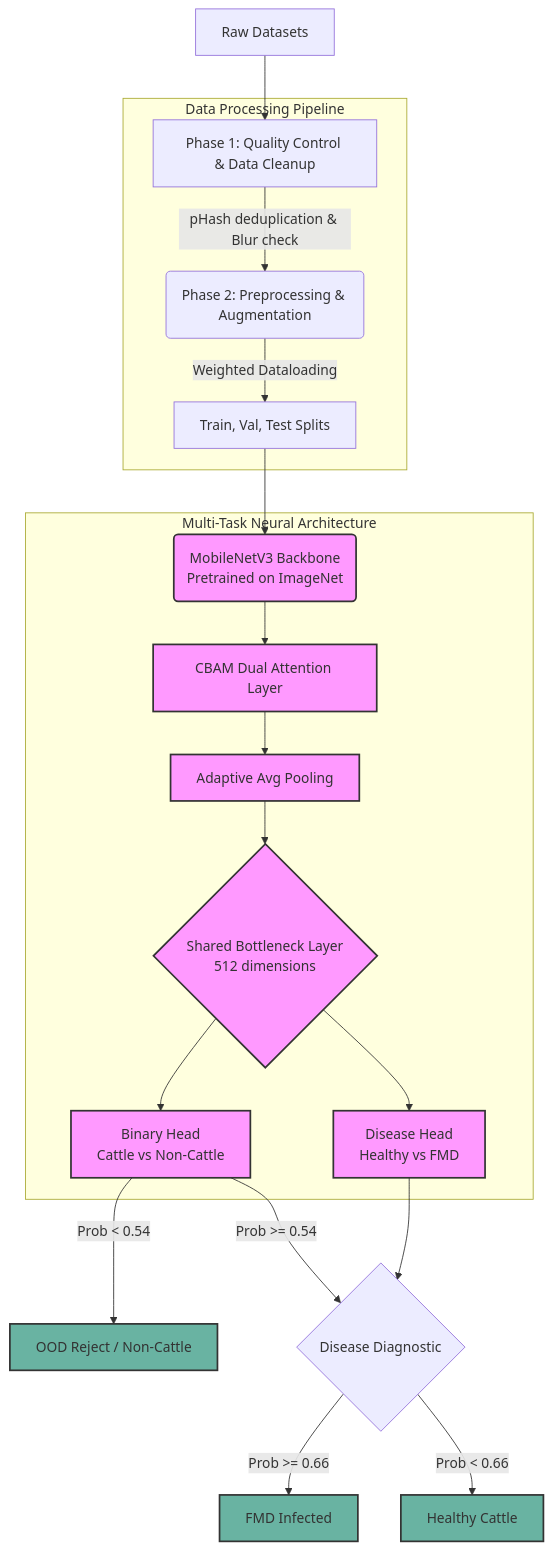
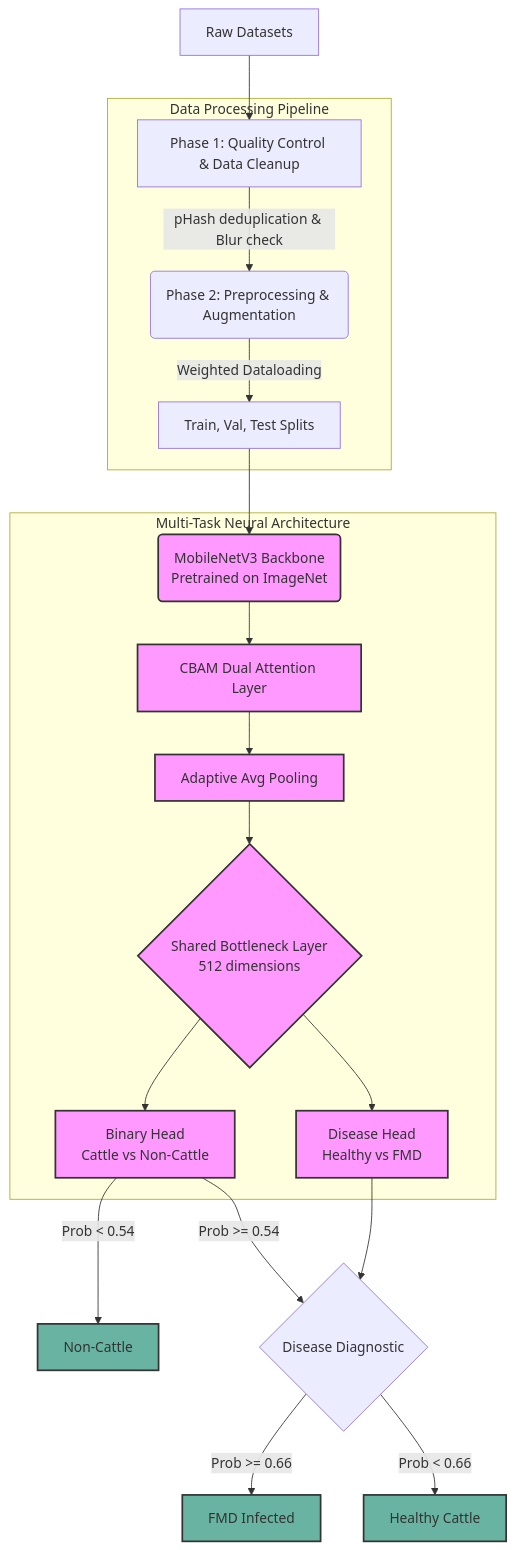
Before and after one commit to Tetricia805/Model-training-and-testing: the diagram in README.md, drawn with Mermaid.

Commit message:
Update README to correct label for OOD Reject

````diff
--- a/README.md
+++ b/README.md
@@ -18,31 +18,31 @@
 ```mermaid
 graph TD
     A[Raw Datasets] --> B[Phase 1: Quality Control & Data Cleanup]
     subgraph Data Processing Pipeline
         B --> |pHash deduplication & Blur check| C(Phase 2: Preprocessing & Augmentation)
         C --> |Weighted Dataloading| D[Train, Val, Test Splits]
     end
 
     D --> E(MobileNetV3 Backbone \n Pretrained on ImageNet)
     
     subgraph Multi-Task Neural Architecture
         E --> F[CBAM Dual Attention Layer]
         F --> G[Adaptive Avg Pooling]
         G --> H{Shared Bottleneck Layer \n 512 dimensions}
         
         H --> I[Binary Head \n Cattle vs Non-Cattle]
         H --> J[Disease Head \n Healthy vs FMD]
     end
     
-    I --> |Prob < 0.54| K[OOD Reject / Non-Cattle]
+    I --> |Prob < 0.54| K[Non-Cattle]
     I --> |Prob >= 0.54| L{Disease Diagnostic}
     
     J --> L
     L --> |Prob >= 0.66| M[FMD Infected]
     L --> |Prob < 0.66| N[Healthy Cattle]
 
     classDef stage fill:#f9f,stroke:#333,stroke-width:2px;
     classDef output fill:#69b3a2,stroke:#333,stroke-width:2px;
     class K,M,N output;
     class E,F,G,H,I,J stage;
 ```
````
